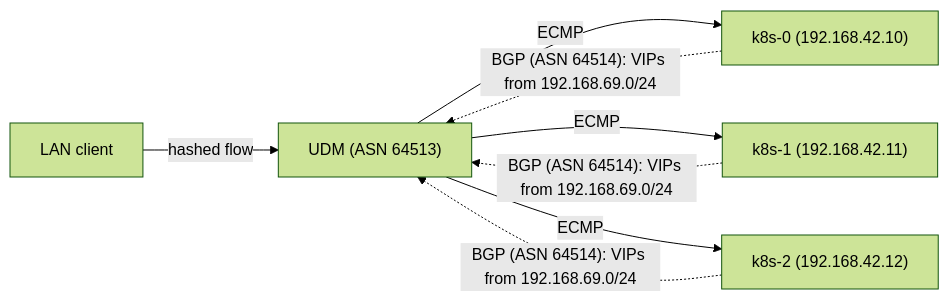
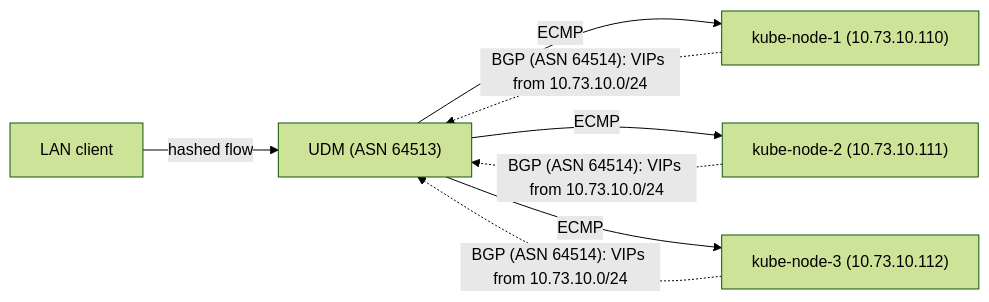
Before and after one commit to bykaj/home-ops: the first of 2 diagrams in kubernetes/bootstrap/README.md, drawn with Mermaid (forest theme). The commit also changed other lines of this file, not shown here.

Commit message:
fix(docs): update UDM configuration and IP addresses in README

````diff
--- a/kubernetes/bootstrap/README.md
+++ b/kubernetes/bootstrap/README.md
@@ -37,8 +37,8 @@
 ```mermaid
 graph LR
     client[LAN client] -->|hashed flow| udm["UDM (ASN 64513)"]
-    udm -->|ECMP| k0["k8s-0 (192.168.42.10)"]
-    udm -->|ECMP| k1["k8s-1 (192.168.42.11)"]
-    udm -->|ECMP| k2["k8s-2 (192.168.42.12)"]
-    k0 & k1 & k2 -. "BGP (ASN 64514): VIPs from 192.168.69.0/24" .-> udm
+    udm -->|ECMP| k1["kube-node-1 (10.73.10.110)"]
+    udm -->|ECMP| k2["kube-node-2 (10.73.10.111)"]
+    udm -->|ECMP| k3["kube-node-3 (10.73.10.112)"]
+    k1 & k2 & k3 -. "BGP (ASN 64514): VIPs from 10.73.10.0/24" .-> udm
 ```
````
